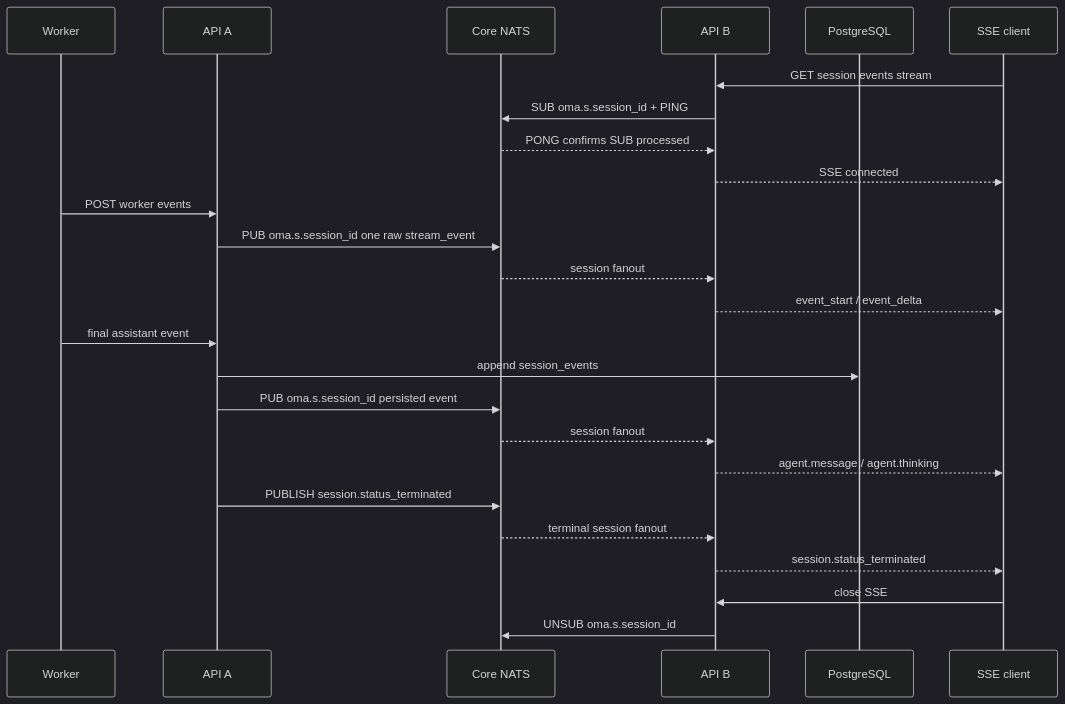
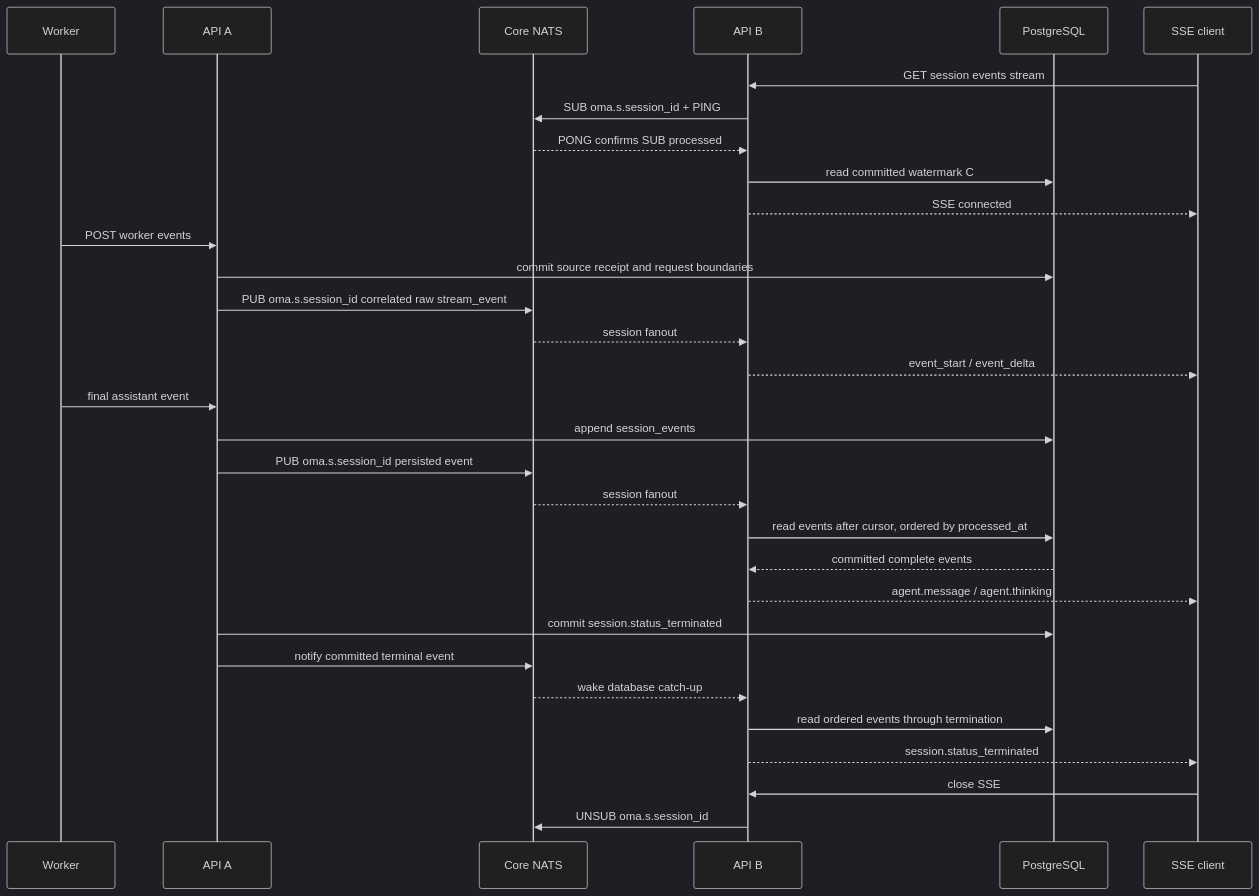
Before and after one commit to superduck-ai/open-managed-agents: the diagram in docs/design/be/ccrv2/ccr-v2-worker-sse-fanout.md, drawn with Mermaid (dark theme). The commit also changed other lines of this file and 38 other files, not shown here.

````diff
--- a/docs/design/be/ccrv2/ccr-v2-worker-sse-fanout.md
+++ b/docs/design/be/ccrv2/ccr-v2-worker-sse-fanout.md
@@ -15,28 +18,34 @@
 ```mermaid
 sequenceDiagram
     participant W as Worker
     participant A as API A
     participant R as Core NATS
     participant B as API B
     participant DB as PostgreSQL
     participant C as SSE client
 
     C->>B: GET session events stream
     B->>R: SUB oma.s.session_id + PING
     R-->>B: PONG confirms SUB processed
+    B->>DB: read committed watermark C
     B-->>C: SSE connected
     W->>A: POST worker events
-    A->>R: PUB oma.s.session_id one raw stream_event
+    A->>DB: commit source receipt and request boundaries
+    A->>R: PUB oma.s.session_id correlated raw stream_event
     R-->>B: session fanout
     B-->>C: event_start / event_delta
     W->>A: final assistant event
     A->>DB: append session_events
     A->>R: PUB oma.s.session_id persisted event
     R-->>B: session fanout
+    B->>DB: read events after cursor, ordered by processed_at
+    DB-->>B: committed complete events
     B-->>C: agent.message / agent.thinking
-    A->>R: PUBLISH session.status_terminated
-    R-->>B: terminal session fanout
+    A->>DB: commit session.status_terminated
+    A->>R: notify committed terminal event
+    R-->>B: wake database catch-up
+    B->>DB: read ordered events through termination
     B-->>C: session.status_terminated
     C->>B: close SSE
     B->>R: UNSUB oma.s.session_id
 ```
````
